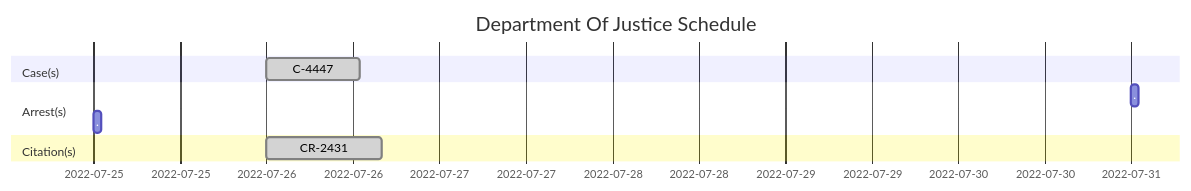
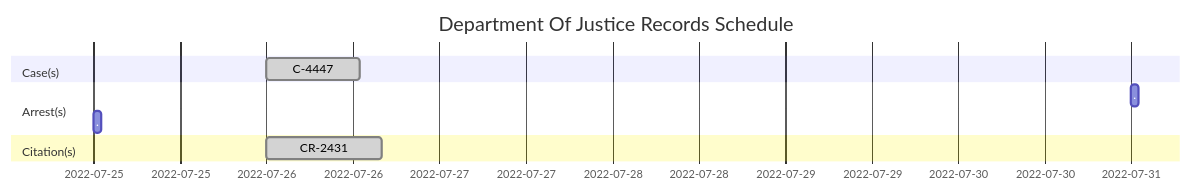
Before and after one commit to NotKaarlo/State-of-San-Andreas: the second of 2 diagrams in README.md, drawn with Mermaid. The commit also changed other lines of this file, not shown here.

````diff
--- a/README.md
+++ b/README.md
@@ -41,16 +41,16 @@
 ```mermaid
 gantt
 dateFormat  YYYY-MM-DD
-title Department Of Justice Schedule
+title  Department Of Justice Records Schedule
 excludes weekdays 2022-07-01
 
 section Case(s)
 C-4447               :done,       2022-07-26,13h
 
 section Arrest(s)
 .                        :            2022-07-31,1h
 .                        :            2022-07-25,1h
 
 section Citation(s)
 CR-2431              :done,       2022-07-26,16h          
 ```
````
